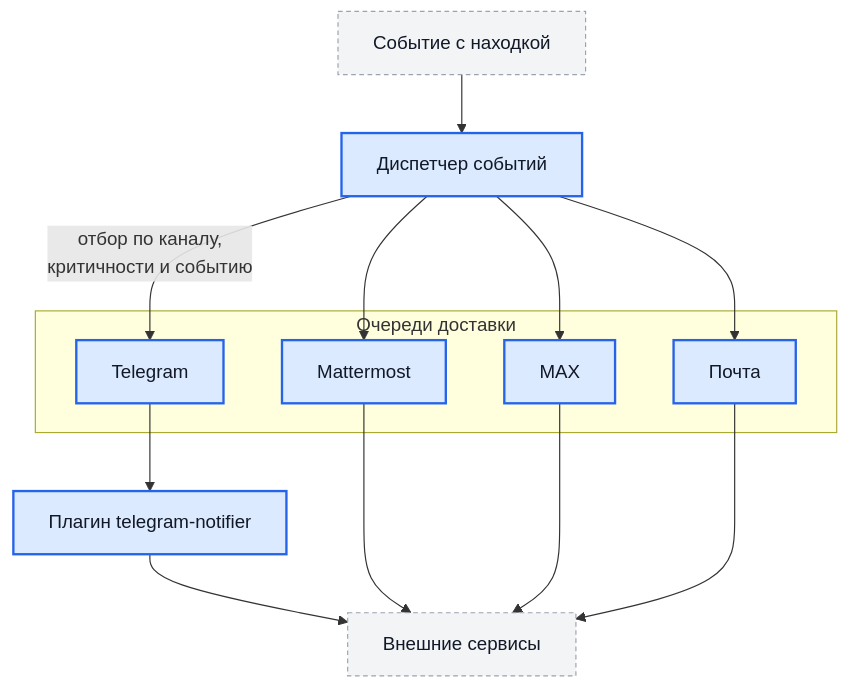
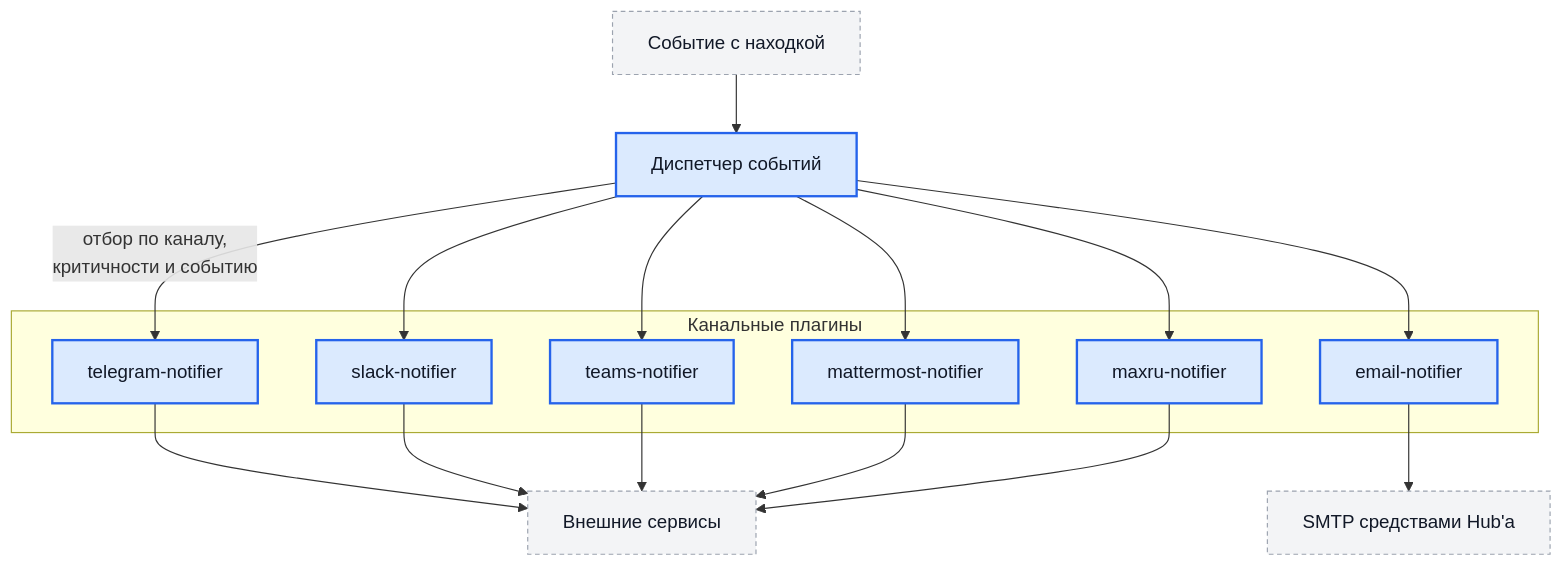
One commit to s3m4rgl/hub-docs changed the diagram in docs/integration-notifications.md. Above: the diagram before and after it, drawn with Mermaid. The commit also changed other lines of this file and 5 other files, not shown here.

````diff
--- a/docs/integration-notifications.md
+++ b/docs/integration-notifications.md
@@ -10,31 +23,36 @@
 ```mermaid
 flowchart TD
     Event["Событие с находкой"]
     Disp["Диспетчер событий"]
 
-    subgraph Channels["Очереди доставки"]
-        TG["Telegram"]
-        MM["Mattermost"]
-        MX["MAX"]
-        EM["Почта"]
+    subgraph Plugins["Канальные плагины"]
+        TG["telegram-notifier"]
+        SL["slack-notifier"]
+        TM["teams-notifier"]
+        MM["mattermost-notifier"]
+        MX["maxru-notifier"]
+        EM["email-notifier"]
     end
 
-    Plugin["Плагин telegram-notifier"]
     Ext["Внешние сервисы"]
+    SMTP["SMTP средствами Hub'а"]
 
     Event --> Disp
     Disp --> |"отбор по каналу,<br/>критичности и событию"| TG
+    Disp --> SL
+    Disp --> TM
     Disp --> MM
     Disp --> MX
     Disp --> EM
-    TG --> Plugin
-    Plugin --> Ext
+    TG --> Ext
+    SL --> Ext
+    TM --> Ext
     MM --> Ext
     MX --> Ext
-    EM --> Ext
+    EM --> SMTP
 
     classDef hub fill:#dbeafe,stroke:#2563eb,stroke-width:2px,color:#111827
     classDef ext fill:#f3f4f6,stroke:#9ca3af,stroke-width:1px,stroke-dasharray:4 3,color:#111827
-    class Disp,TG,MM,MX,EM,Plugin hub
-    class Event,Ext ext
+    class Disp,TG,SL,TM,MM,MX,EM hub
+    class Event,Ext,SMTP ext
 ```
````
